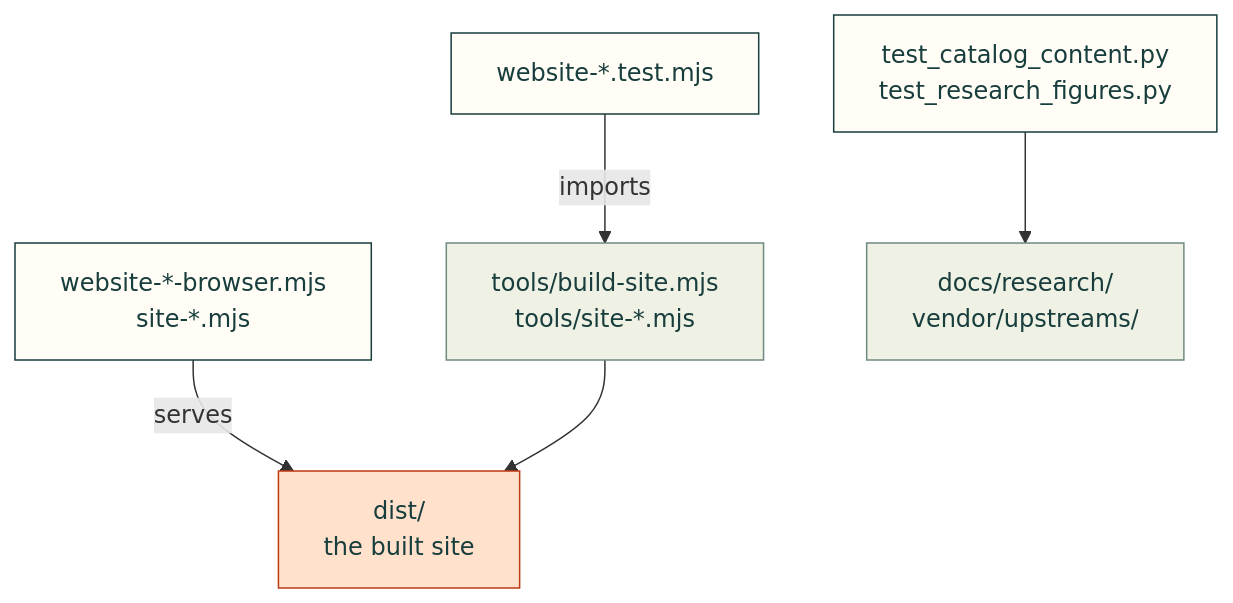
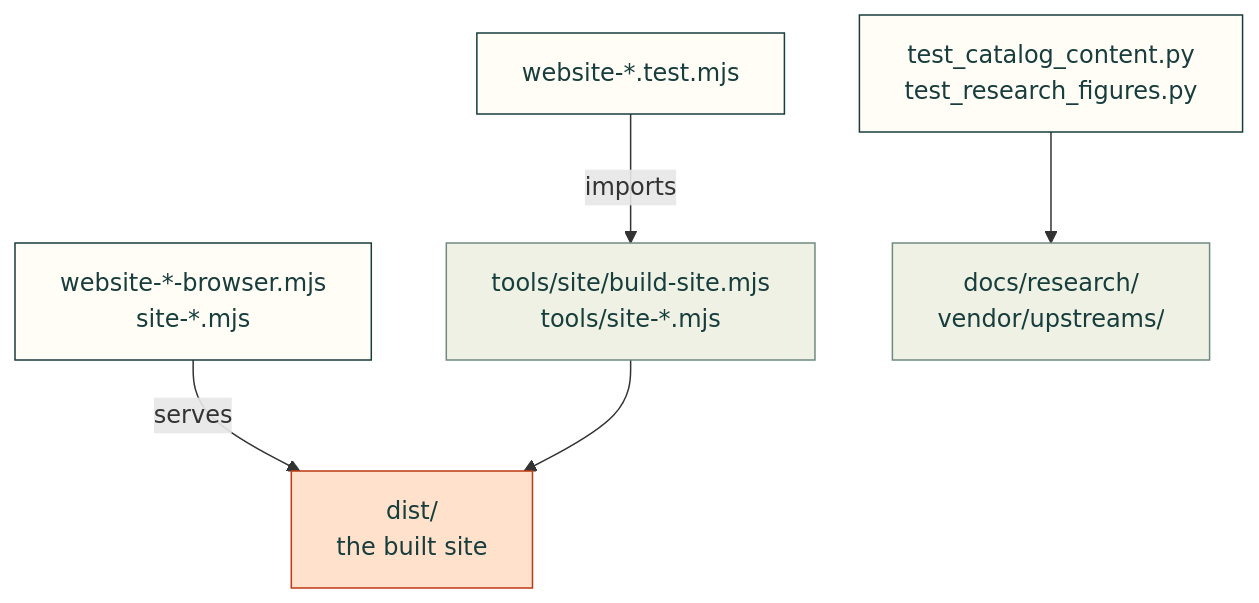
The diagram in tests/site/README.md (Valpatel/cad-agent), drawn with Mermaid before and after one commit. The commit also changed other lines of this file and 96 other files, not shown here.

Commit message:
WIP: co-locate site sources and package context under tools/site

````diff
--- a/tests/site/README.md
+++ b/tests/site/README.md
@@ -9,13 +9,13 @@
 ```mermaid
 flowchart TD
-    U["website-*.test.mjs"] -->|"imports"| T["tools/build-site.mjs<br/>tools/site-*.mjs"]
+    U["website-*.test.mjs"] -->|"imports"| T["tools/site/build-site.mjs<br/>tools/site-*.mjs"]
     B["website-*-browser.mjs<br/>site-*.mjs"] -->|"serves"| D["dist/<br/>the built site"]
     T --> D
     P["test_catalog_content.py<br/>test_research_figures.py"] --> R["docs/research/<br/>vendor/upstreams/"]
     classDef here fill:#fffdf5,stroke:#173d3c,color:#173d3c
     classDef near fill:#eef1e4,stroke:#6f8a80,color:#173d3c
     classDef out fill:#ffe1cc,stroke:#bd3a12,color:#173d3c
     class U,B,P here
     class T,R near
     class D out
 ```
````
